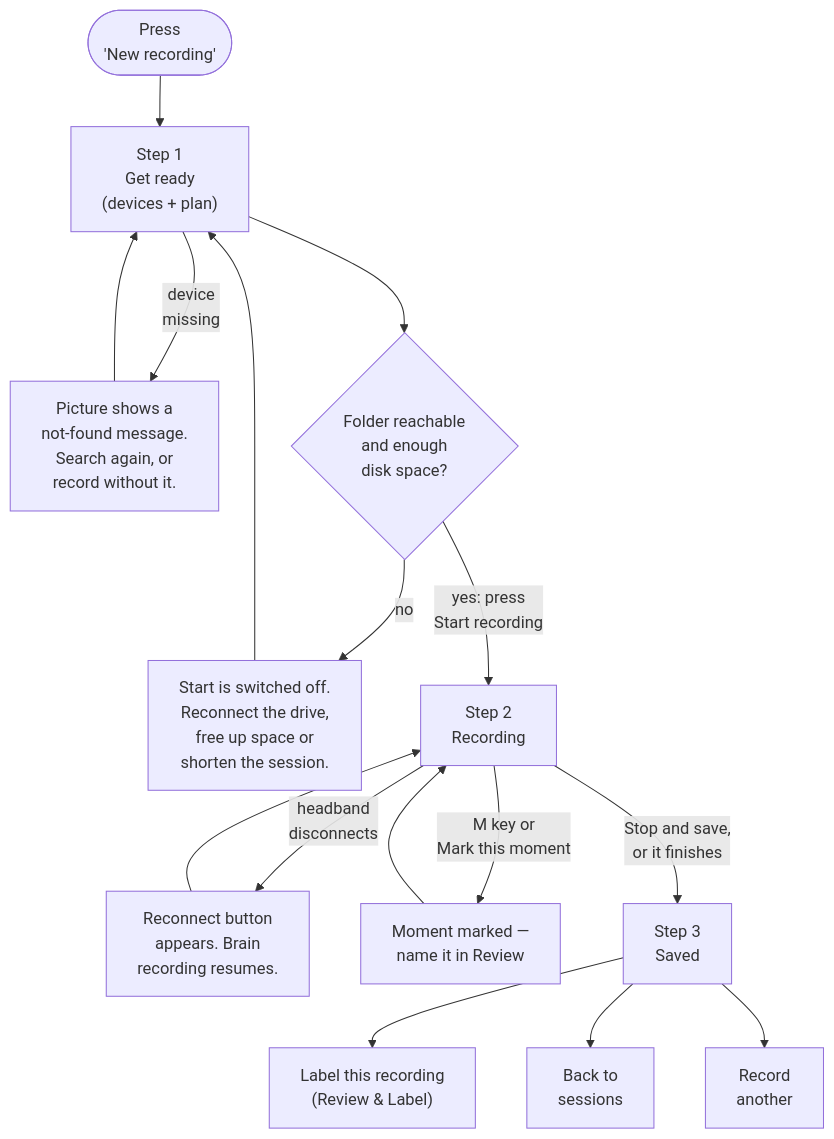
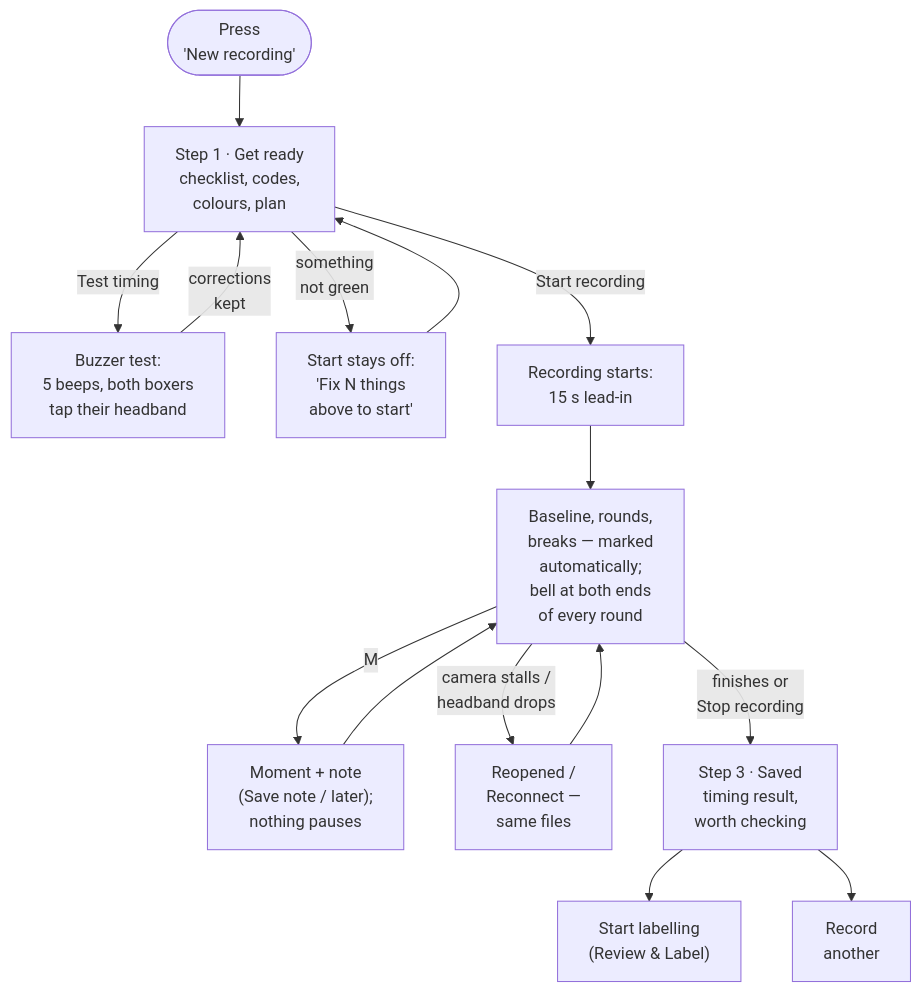
Before and after one commit to mohammadabdullahkhurram/Brain-Battle-Phase-3: the diagram in docs/diagrams/new-recording-flow.mmd, drawn with Mermaid. The commit also changed 57 other files, not shown here.

First line of the commit message:
Design F: top header, new Sessions / New recording / Review / Settings screens, docs

```diff
--- a/docs/diagrams/new-recording-flow.mmd
+++ b/docs/diagrams/new-recording-flow.mmd
@@ -1,17 +1,16 @@
 %%{init: {'themeVariables': {'fontSize': '16px'}}}%%
 flowchart TD
-    Start(["Press<br/>'New recording'"]) --> Ready["Step 1<br/>Get ready<br/>(devices + plan)"]
-    Ready -->|"device<br/>missing"| ReadyWarn["Picture shows a<br/>not-found message.<br/>Search again, or<br/>record without it."]
-    ReadyWarn --> Ready
-    Ready --> Disk{"Folder reachable<br/>and enough<br/>disk space?"}
-    Disk -->|"no"| DiskBlock["Start is switched off.<br/>Reconnect the drive,<br/>free up space or<br/>shorten the session."]
-    DiskBlock --> Ready
-    Disk -->|"yes: press<br/>Start recording"| Record["Step 2<br/>Recording"]
-    Record -->|"headband<br/>disconnects"| Reconnect["Reconnect button<br/>appears. Brain<br/>recording resumes."]
-    Reconnect --> Record
-    Record -->|"M key or<br/>Mark this moment"| Moment["Moment marked —<br/>name it in Review"]
-    Moment --> Record
-    Record -->|"Stop and save,<br/>or it finishes"| Saved["Step 3<br/>Saved"]
-    Saved --> Label["Label this recording<br/>(Review &amp; Label)"]
-    Saved --> Sessions["Back to<br/>sessions"]
+    Start(["Press<br/>'New recording'"]) --> Ready["Step 1 · Get ready<br/>checklist, codes,<br/>colours, plan"]
+    Ready -->|"Test timing"| Buzzer["Buzzer test:<br/>5 beeps, both boxers<br/>tap their headband"]
+    Buzzer -->|"corrections<br/>kept"| Ready
+    Ready -->|"something<br/>not green"| Fix["Start stays off:<br/>'Fix N things<br/>above to start'"]
+    Fix --> Ready
+    Ready -->|"Start recording"| Lead["Recording starts:<br/>15 s lead-in"]
+    Lead --> Rounds["Baseline, rounds,<br/>breaks — marked<br/>automatically;<br/>bell at both ends<br/>of every round"]
+    Rounds -->|"M"| Moment["Moment + note<br/>(Save note / later);<br/>nothing pauses"]
+    Moment --> Rounds
+    Rounds -->|"camera stalls /<br/>headband drops"| Recover["Reopened /<br/>Reconnect —<br/>same files"]
+    Recover --> Rounds
+    Rounds -->|"finishes or<br/>Stop recording"| Saved["Step 3 · Saved<br/>timing result,<br/>worth checking"]
+    Saved --> Label["Start labelling<br/>(Review &amp; Label)"]
     Saved --> Another["Record<br/>another"]
```
